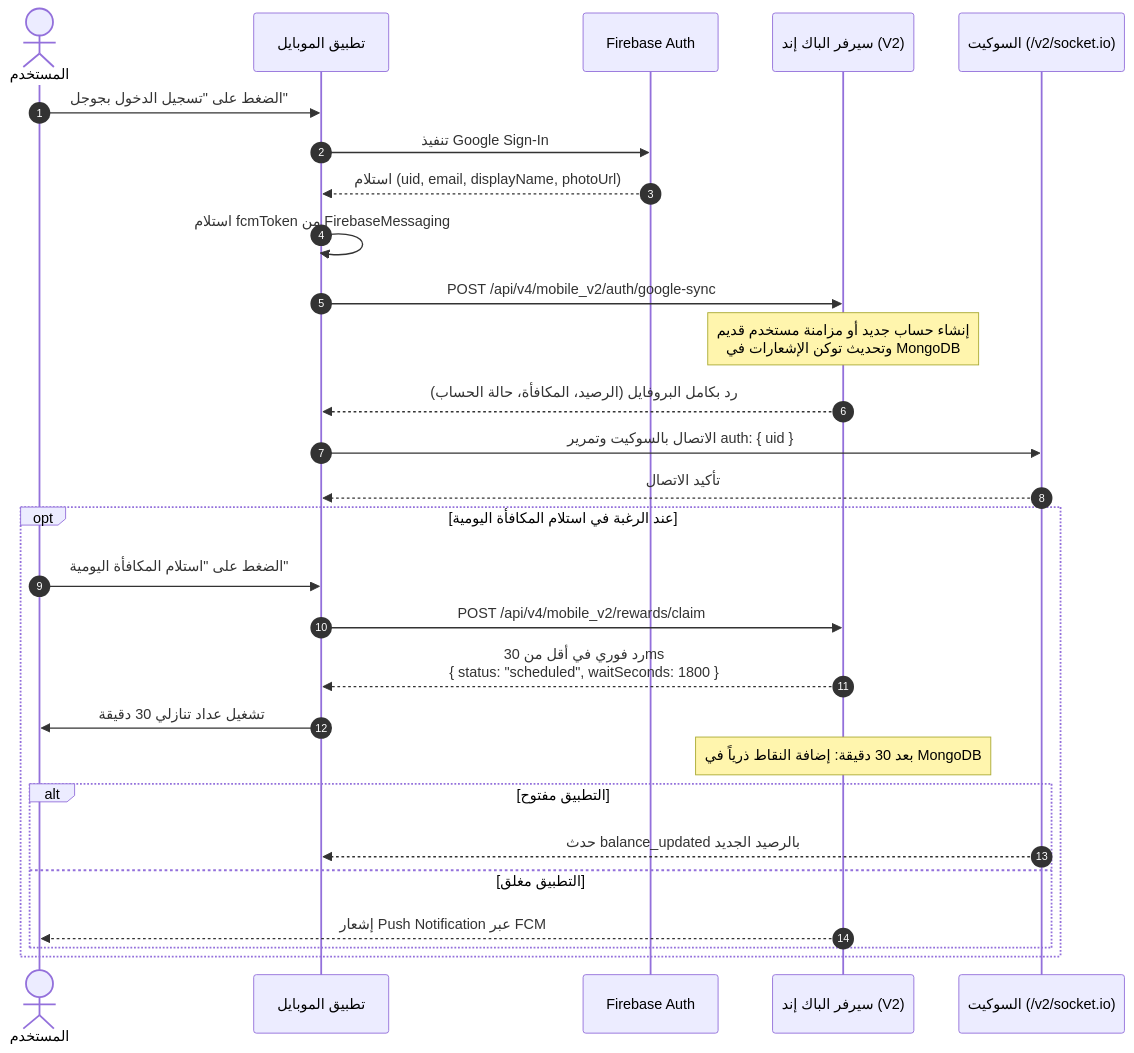
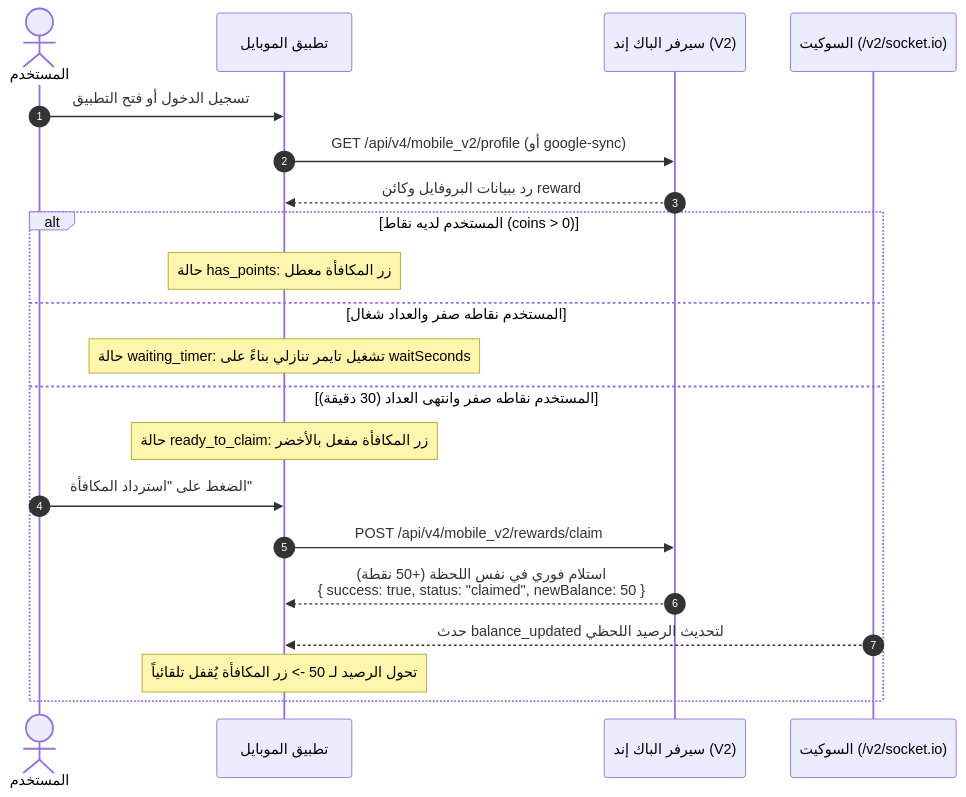
One commit to bola-cloud/epicsm-api changed the diagram in v2_mobile_user_rewards_docs.md. Above: the diagram before and after it, drawn with Mermaid. The commit also changed other lines of this file and 7 other files, not shown here.

Commit message:
feat(rewards,jobs,balance): zero-balance claim countdown, v1/v2 route unification, and separate dollars/coins balance management

````diff
--- a/v2_mobile_user_rewards_docs.md
+++ b/v2_mobile_user_rewards_docs.md
@@ -36,34 +37,25 @@
 ```mermaid
 sequenceDiagram
     autonumber
     actor User as المستخدم
     participant App as تطبيق الموبايل
-    participant Google as Firebase Auth
     participant API as سيرفر الباك إند (V2)
     participant Socket as السوكيت (/v2/socket.io)
 
-    User->>App: الضغط على "تسجيل الدخول بجوجل"
-    App->>Google: تنفيذ Google Sign-In
-    Google-->>App: استلام (uid, email, displayName, photoUrl)
-    App->>App: استلام fcmToken من FirebaseMessaging
-    
-    App->>API: POST /api/v4/mobile_v2/auth/google-sync
-    Note over API: إنشاء حساب جديد أو مزامنة مستخدم قديم<br/>وتحديث توكن الإشعارات في MongoDB
-    API-->>App: رد بكامل البروفايل (الرصيد، المكافأة، حالة الحساب)
-    
-    App->>Socket: الاتصال بالسوكيت وتمرير auth: { uid }
-    Socket-->>App: تأكيد الاتصال
-    
-    opt عند الرغبة في استلام المكافأة اليومية
-        User->>App: الضغط على "استلام المكافأة اليومية"
+    User->>App: تسجيل الدخول أو فتح التطبيق
+    App->>API: GET /api/v4/mobile_v2/profile (أو google-sync)
+    API-->>App: رد ببيانات البروفايل وكائن reward
+
+    alt المستخدم لديه نقاط (coins > 0)
+        Note over App: حالة has_points: زر المكافأة معطل
+    else المستخدم نقاطه صفر والعداد شغال
+        Note over App: حالة waiting_timer: تشغيل تايمر تنازلي بناءً على waitSeconds
+    else المستخدم نقاطه صفر وانتهى العداد (30 دقيقة)
+        Note over App: حالة ready_to_claim: زر المكافأة مفعل بالأخضر
+        User->>App: الضغط على "استرداد المكافأة"
         App->>API: POST /api/v4/mobile_v2/rewards/claim
-        API-->>App: رد فوري في أقل من 30ms<br/>{ status: "scheduled", waitSeconds: 1800 }
-        App->>User: تشغيل عداد تنازلي 30 دقيقة
-        Note over API: بعد 30 دقيقة: إضافة النقاط ذرياً في MongoDB
-        alt التطبيق مفتوح
-            Socket-->>App: حدث balance_updated بالرصيد الجديد
-        else التطبيق مغلق
-            API-->>User: إشعار Push Notification عبر FCM
-        end
+        API-->>App: استلام فوري في نفس اللحظة (+50 نقطة)<br/>{ success: true, status: "claimed", newBalance: 50 }
+        Socket-->>App: حدث balance_updated لتحديث الرصيد اللحظي
+        Note over App: تحول الرصيد لـ 50 -> زر المكافأة يُقفل تلقائياً
     end
 ```
````
